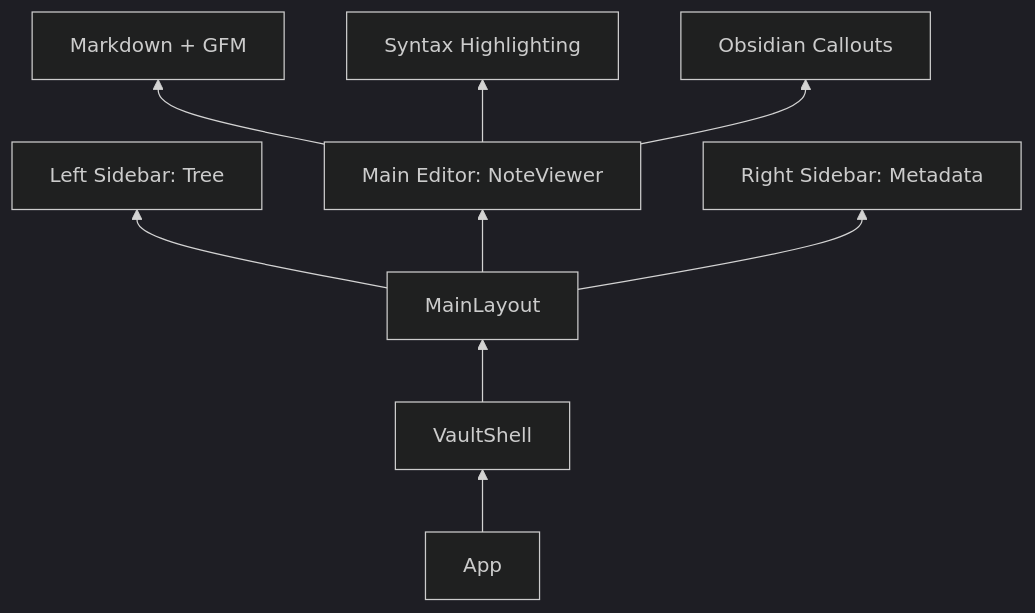
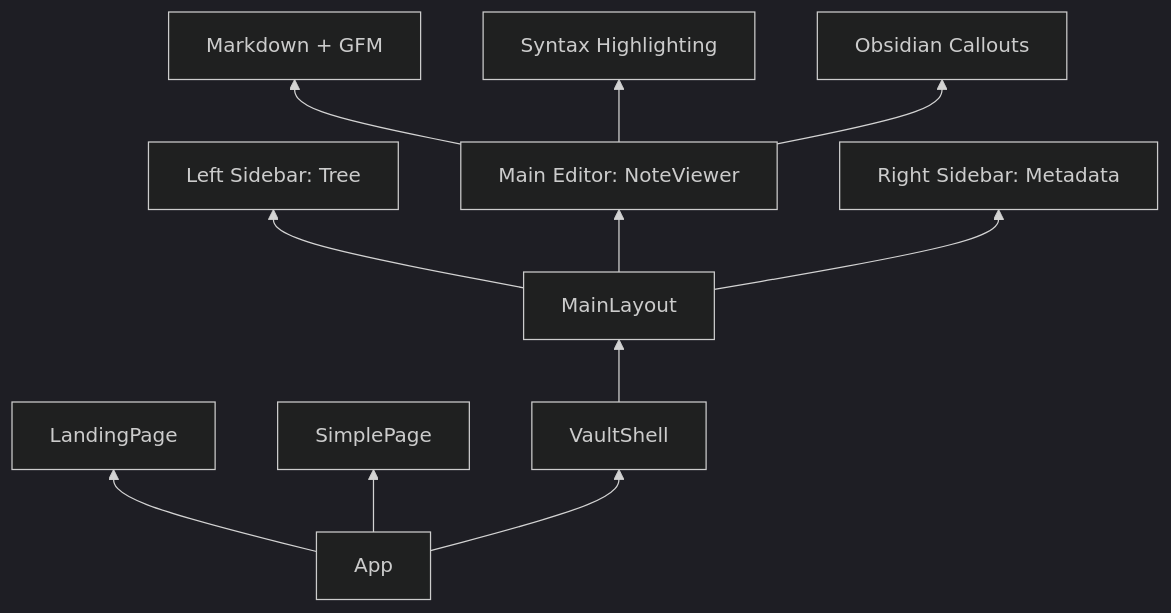
One commit to DeepShah1406/DeepShah1406.github.io changed the second of 2 diagrams in README.md. Above: the diagram before and after it, drawn with Mermaid (dark theme). The commit also changed other lines of this file, not shown here.

Commit message:
docs: update README to reflect dual-portal architecture

````diff
--- a/README.md
+++ b/README.md
@@ -20,11 +38,13 @@
 ```mermaid
 graph BT
+    App --> Landing[LandingPage]
+    App --> Simple[SimplePage]
     App --> Shell[VaultShell]
     Shell --> Layout[MainLayout]
     Layout --> Sidebar[Left Sidebar: Tree]
     Layout --> Editor[Main Editor: NoteViewer]
     Layout --> Meta[Right Sidebar: Metadata]
     Editor --> GFM[Markdown + GFM]
     Editor --> HL[Syntax Highlighting]
     Editor --> Callouts[Obsidian Callouts]
 ```
````
